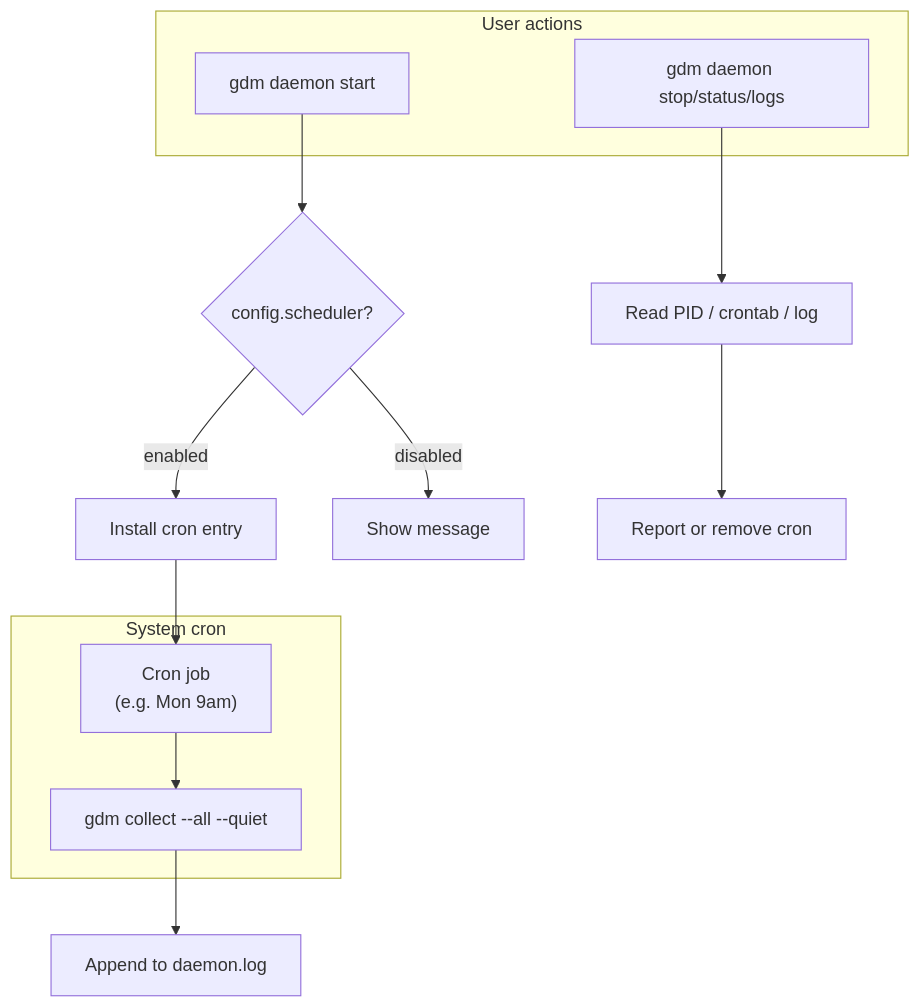
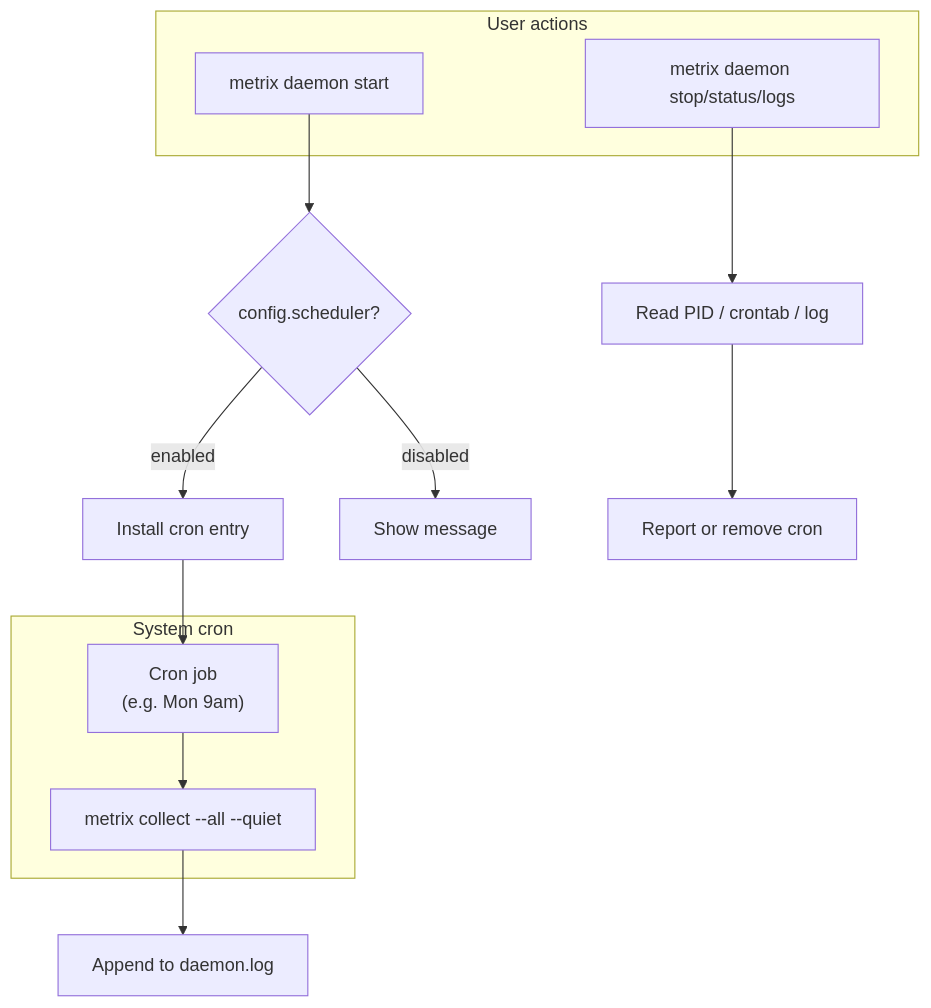
The fourth of 5 diagrams in docs/architecture.md (xseeduy/xseed-dev-metrics), drawn with Mermaid before and after one commit. The commit also changed other lines of this file and 20 other files, not shown here.

Commit message:
Change gdm to metrix

````diff
--- a/docs/architecture.md
+++ b/docs/architecture.md
@@ -136,22 +136,22 @@
 ```mermaid
 flowchart TB
   subgraph User["User actions"]
-    Start[gdm daemon start]
-    Stop[gdm daemon stop/status/logs]
+    Start[metrix daemon start]
+    Stop[metrix daemon stop/status/logs]
   end
 
   subgraph Cron["System cron"]
     Schedule["Cron job\n(e.g. Mon 9am)"]
-    Run["gdm collect --all --quiet"]
+    Run["metrix collect --all --quiet"]
   end
 
   Start --> Check{config.scheduler?}
   Check -->|enabled| Install["Install cron entry"]
   Check -->|disabled| Fail[Show message]
   Install --> Schedule
   Schedule --> Run
   Run --> Log["Append to daemon.log"]
 
   Stop --> Read["Read PID / crontab / log"]
   Read --> Report[Report or remove cron]
 ```
````
